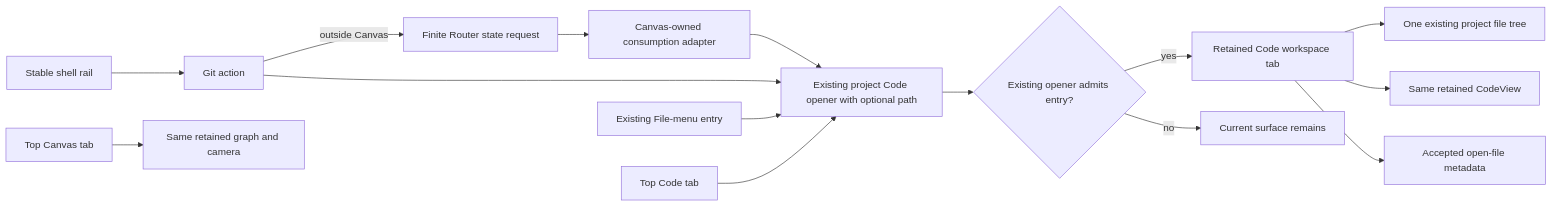
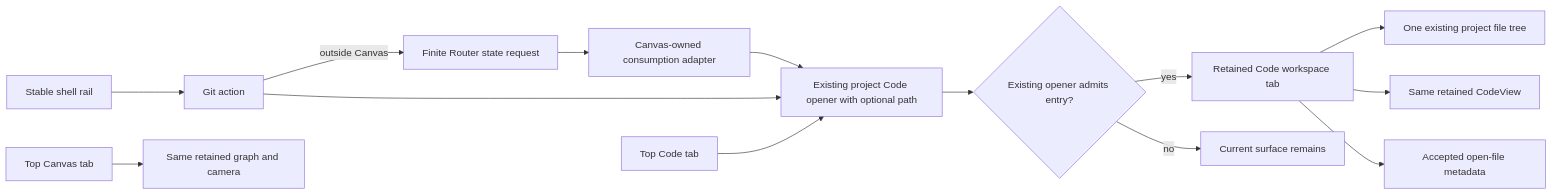
Diagram 19 of 20 in docs/architecture/components/web/graph/canvas-shell-component.md (dunay2/dvt), drawn with Mermaid before and after one commit. The commit also changed other lines of this file and 58 other files, not shown here.

````diff
--- a/docs/architecture/components/web/graph/canvas-shell-component.md
+++ b/docs/architecture/components/web/graph/canvas-shell-component.md
@@ -1083,17 +1084,16 @@
 ```mermaid
 flowchart LR
   Shell[Stable shell rail] --> Git[Git action]
   Git -->|outside Canvas| Router[Finite Router state request]
   Router --> Entry[Canvas-owned consumption adapter]
   Entry --> Opener
   Git --> Opener[Existing project Code opener with optional path]
-  File[Existing File-menu entry] --> Opener
   CodeTab[Top Code tab] --> Opener
   Opener --> Admission{Existing opener admits entry?}
   Admission -->|yes| Code[Retained Code workspace tab]
   Admission -->|no| Prior[Current surface remains]
   Code --> Tree[One existing project file tree]
   Code --> Editor[Same retained CodeView]
   Code --> Metadata[Accepted open-file metadata]
   Return[Top Canvas tab] --> Graph[Same retained graph and camera]
 ```
````
